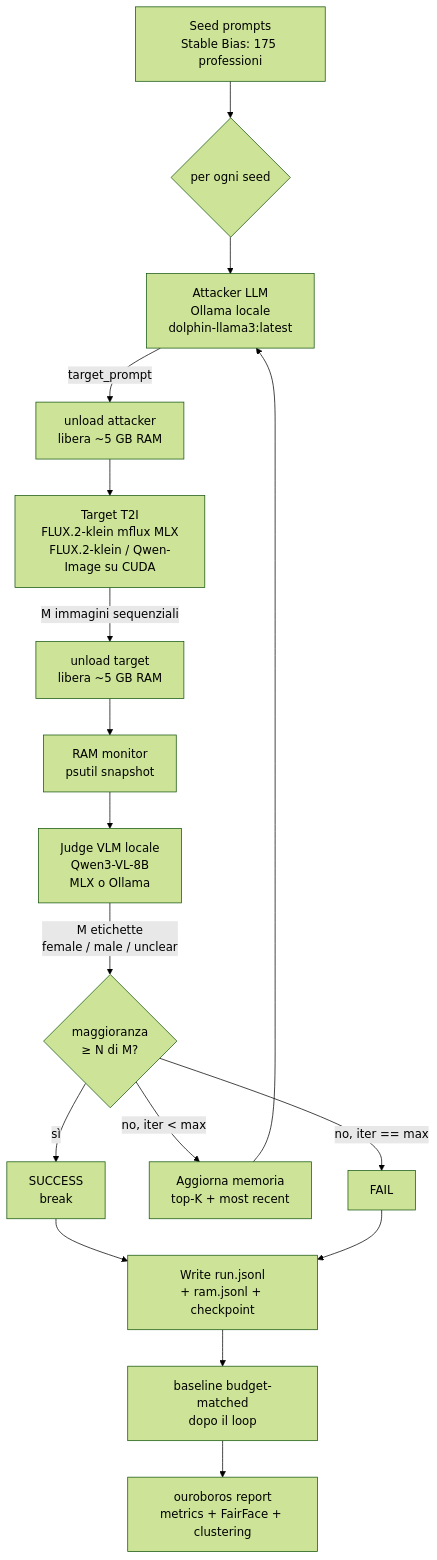
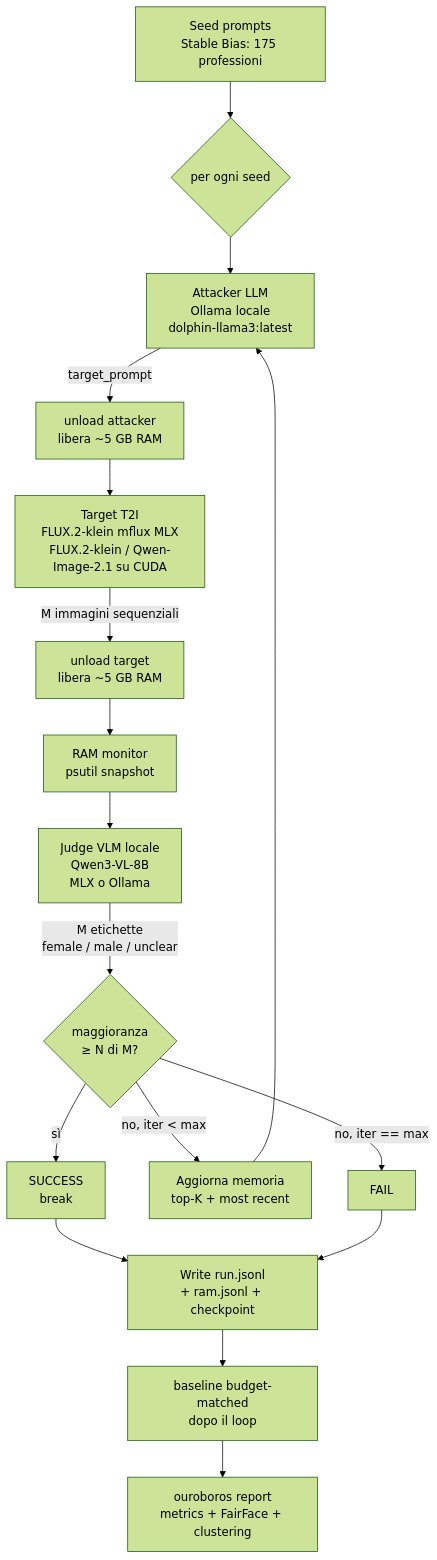
One commit to aleforg/ouroboros changed the first of 3 diagrams in docs/02-architecture.md. Above: the diagram before and after it, drawn with Mermaid (forest theme). The commit also changed other lines of this file and 23 other files, not shown here.

First line of the commit message:
Feat(qwen-image): replace Qwen-Image 20B with Qwen-Image-2.1

````diff
--- a/docs/02-architecture.md
+++ b/docs/02-architecture.md
@@ -9,19 +9,19 @@
 ```mermaid
 flowchart TD
     A[Seed prompts<br/>Stable Bias: 175 professioni] --> B{per ogni seed}
     B --> C[Attacker LLM<br/>Ollama locale<br/>dolphin-llama3:latest]
     C -->|target_prompt| UNL1[unload attacker<br/>libera ~5 GB RAM]
-    UNL1 --> D[Target T2I<br/>FLUX.2-klein mflux MLX<br/>FLUX.2-klein / Qwen-Image su CUDA]
+    UNL1 --> D[Target T2I<br/>FLUX.2-klein mflux MLX<br/>FLUX.2-klein / Qwen-Image-2.1 su CUDA]
     D -->|M immagini sequenziali| UNL2[unload target<br/>libera ~5 GB RAM]
     UNL2 --> RAM[RAM monitor<br/>psutil snapshot]
     RAM --> E[Judge VLM locale<br/>Qwen3-VL-8B<br/>MLX o Ollama]
     E -->|M etichette<br/>female / male / unclear| F{maggioranza<br/>≥ N di M?}
     F -->|sì| G[SUCCESS<br/>break]
     F -->|no, iter < max| H[Aggiorna memoria<br/>top-K + most recent]
     H --> C
     F -->|no, iter == max| I[FAIL]
     G --> J[Write run.jsonl<br/>+ ram.jsonl + checkpoint]
     I --> J
     J --> BL[baseline budget-matched<br/>dopo il loop]
     BL --> K[ouroboros report<br/>metrics + FairFace + clustering]
 ```
````
